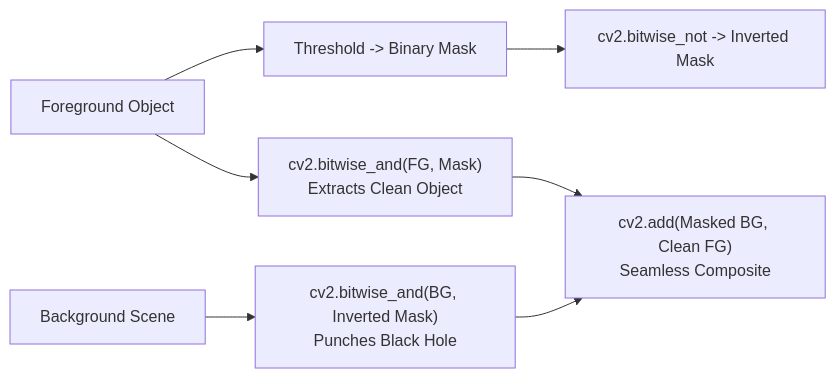
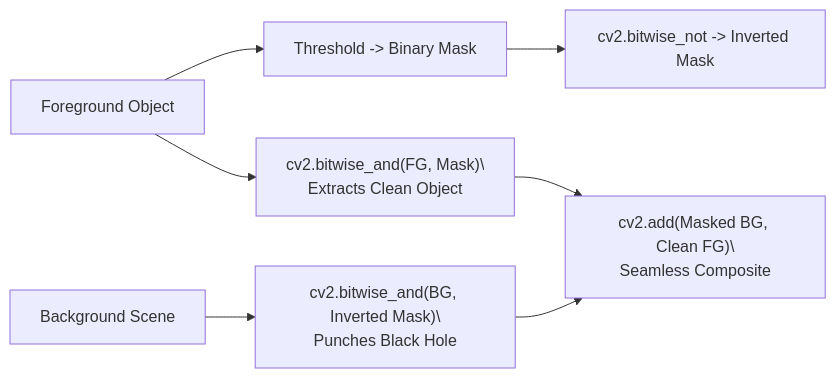
Before and after one commit to jashu-16/cv_learning: the fifth of 6 diagrams in docs/opencv/part1_fundamentals.md, drawn with Mermaid. The commit also changed other lines of this file and 24 other files, not shown here.

````diff
--- a/docs/opencv/part1_fundamentals.md
+++ b/docs/opencv/part1_fundamentals.md
@@ -874,9 +988,9 @@
 ```mermaid
 flowchart LR
     FG["Foreground Object"] --> M1["Threshold -> Binary Mask"]
     M1 --> M2["cv2.bitwise_not -> Inverted Mask"]
-    BG["Background Scene"] --> P1["cv2.bitwise_and(BG, Inverted Mask)\nPunches Black Hole"]
-    FG --> P2["cv2.bitwise_and(FG, Mask)\nExtracts Clean Object"]
-    P1 --> ADD["cv2.add(Masked BG, Clean FG)\nSeamless Composite"]
+    BG["Background Scene"] --> P1["cv2.bitwise_and(BG, Inverted Mask)\\nPunches Black Hole"]
+    FG --> P2["cv2.bitwise_and(FG, Mask)\\nExtracts Clean Object"]
+    P1 --> ADD["cv2.add(Masked BG, Clean FG)\\nSeamless Composite"]
     P2 --> ADD
 ```
````
